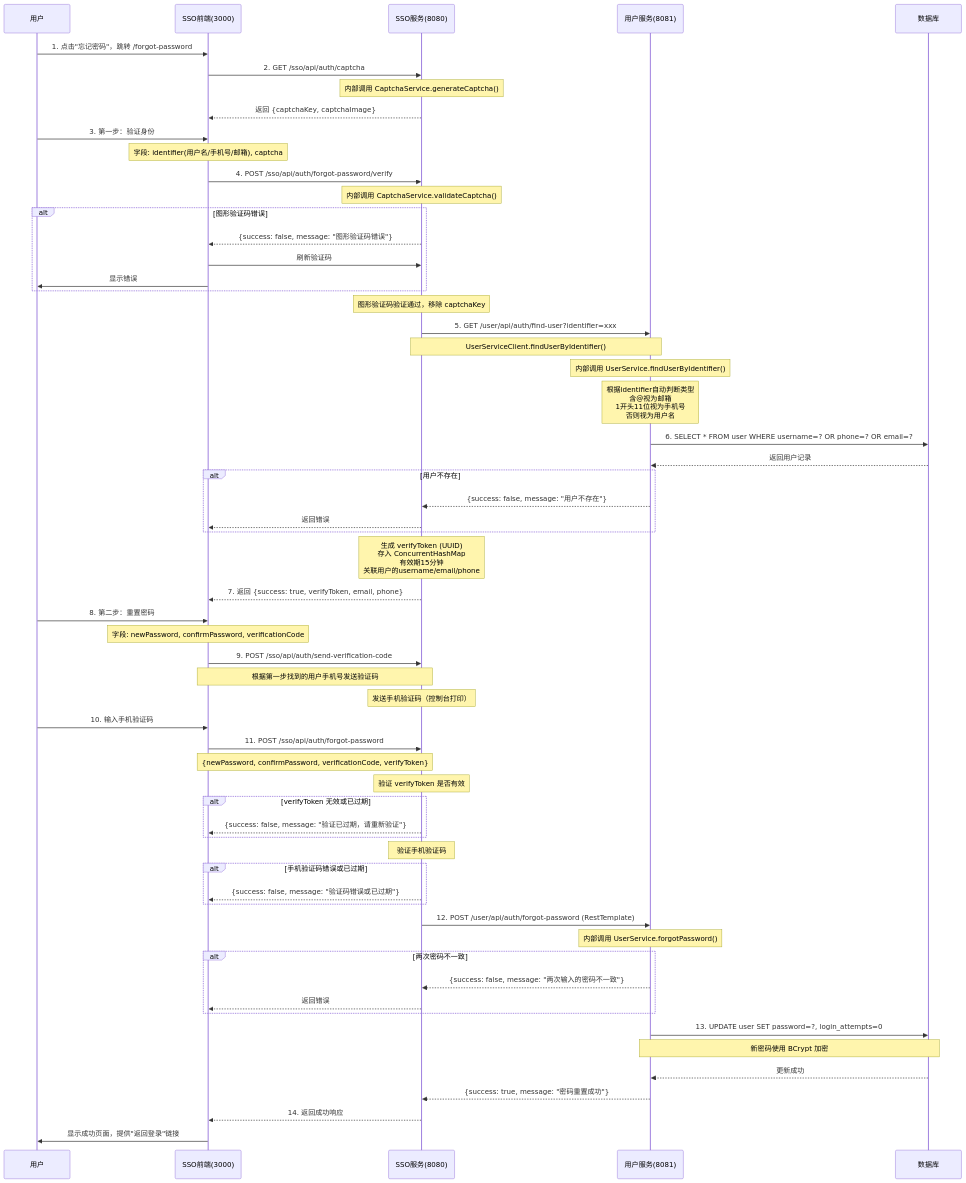
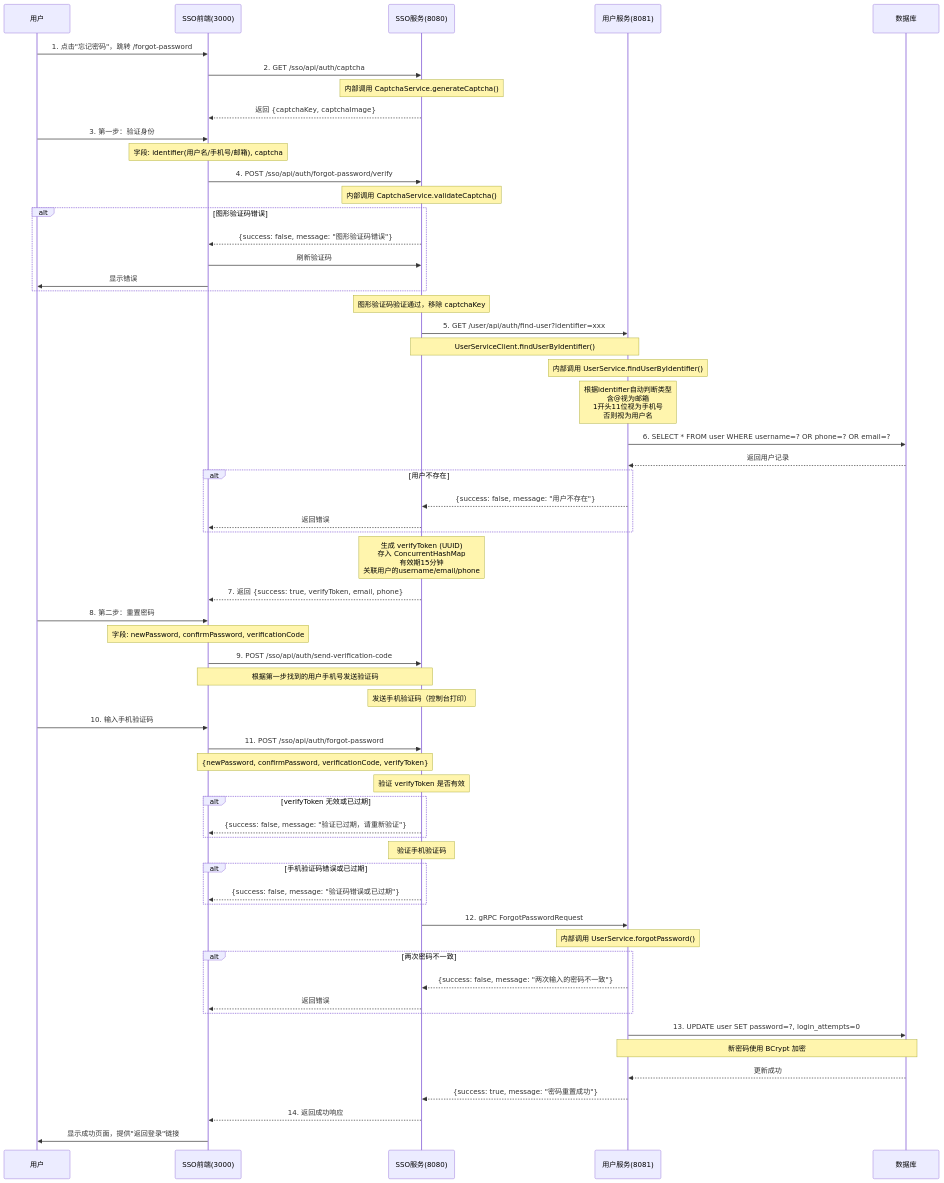
One commit to wb31105/zqzl-traecn changed the third of 11 diagrams in BUSINESS_FLOW.md. Above: the diagram before and after it, drawn with Mermaid. The commit also changed other lines of this file and 93 other files, not shown here.

```diff
--- a/BUSINESS_FLOW.md
+++ b/BUSINESS_FLOW.md
@@ -292,7 +296,7 @@
         SSO_Server-->>SSO_Web: {success: false, message: "验证码错误或已过期"}
     end
     
-    SSO_Server->>User_Server: 12. POST /user/api/auth/forgot-password (RestTemplate)
+    SSO_Server->>User_Server: 12. gRPC ForgotPasswordRequest
     
     Note over User_Server: 内部调用 UserService.forgotPassword()
     
```
